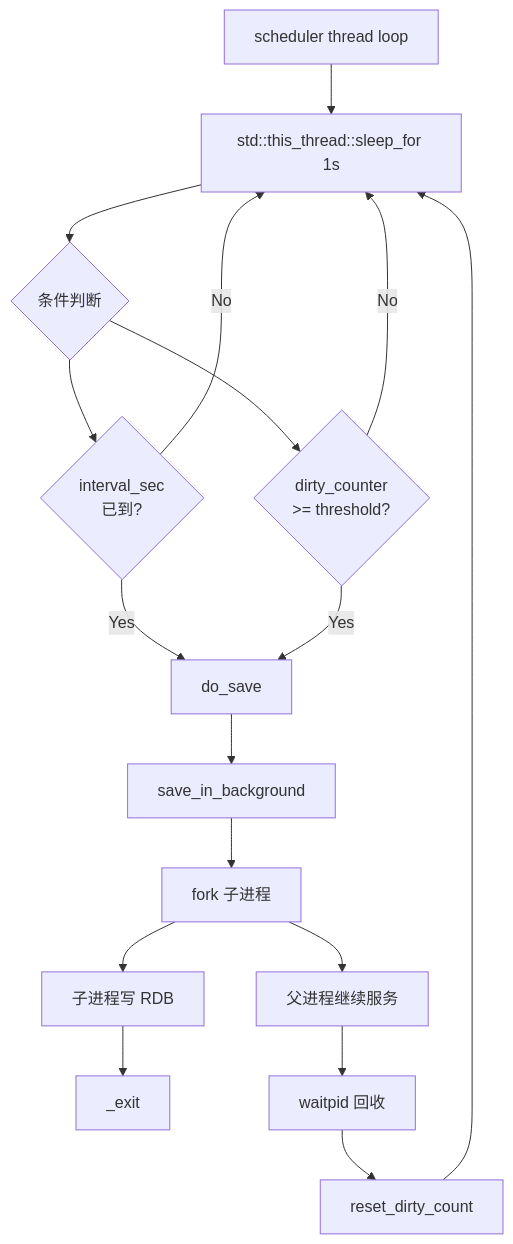
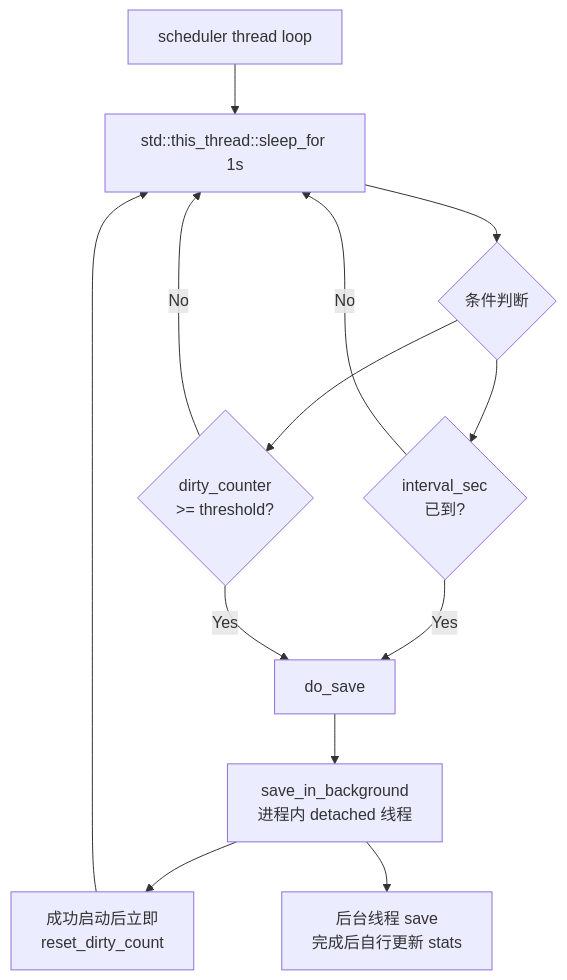
One commit to zimingttkx/ConcurrentCache changed the second of 3 diagrams in docs/architecture/persistence.md. Above: the diagram before and after it, drawn with Mermaid. The commit also changed other lines of this file and 9 other files, not shown here.

````diff
--- a/docs/architecture/persistence.md
+++ b/docs/architecture/persistence.md
@@ -105,19 +111,15 @@
 ```mermaid
 flowchart TB
     S[scheduler thread loop] --> SL[std::this_thread::sleep_for 1s]
     SL --> CK{条件判断}
     CK --> C1{interval_sec<br/>已到?}
     CK --> C2{dirty_counter<br/>>= threshold?}
     C1 -->|Yes| DO[do_save]
     C2 -->|Yes| DO
     C1 -->|No| SL
     C2 -->|No| SL
-    DO --> BG[save_in_background]
-    BG --> FORK[fork 子进程]
-    FORK --> PARENT[父进程继续服务]
-    FORK --> CHILD[子进程写 RDB]
-    CHILD --> EXIT[_exit]
-    PARENT --> WAIT[waitpid 回收]
-    WAIT --> RES[reset_dirty_count]
+    DO --> BG[save_in_background<br/>进程内 detached 线程]
+    BG --> RES[成功启动后立即<br/>reset_dirty_count]
     RES --> SL
+    BG --> BT[后台线程 save<br/>完成后自行更新 stats]
 ```
````
